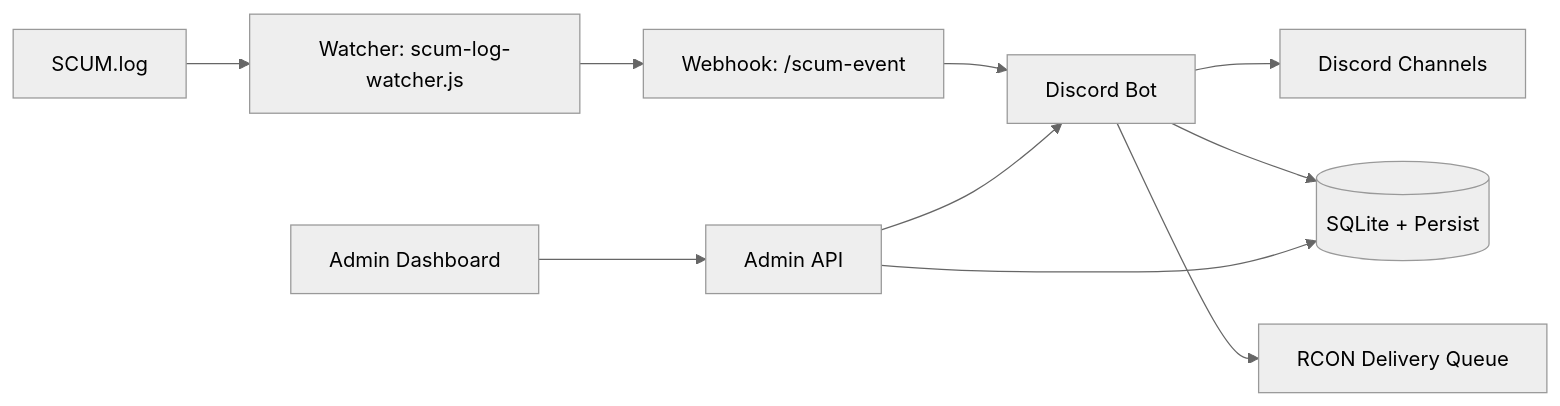
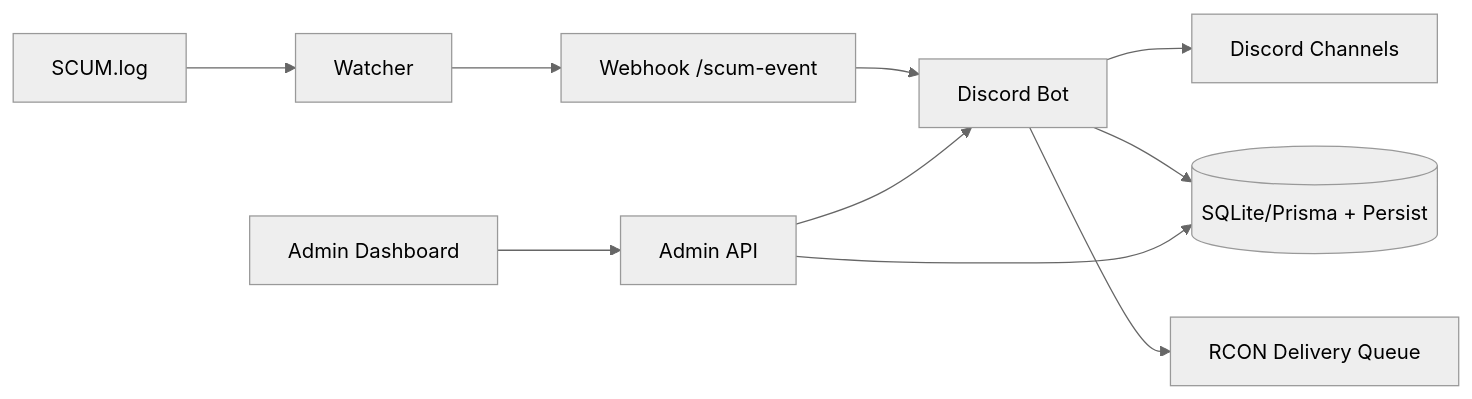
Before and after one commit to kogawz1997/Scum-bot-discord-Full-: the diagram in README.md, drawn with Mermaid (neutral theme). The commit also changed other lines of this file and 9 other files, not shown here.

````diff
--- a/README.md
+++ b/README.md
@@ -61,12 +31,12 @@
 ```mermaid
 flowchart LR
-  A[SCUM.log] --> B[Watcher: scum-log-watcher.js]
-  B --> C[Webhook: /scum-event]
+  A[SCUM.log] --> B[Watcher]
+  B --> C[Webhook /scum-event]
   C --> D[Discord Bot]
   D --> E[Discord Channels]
-  D --> F[(SQLite + Persist)]
+  D --> F[(SQLite/Prisma + Persist)]
   G[Admin Dashboard] --> H[Admin API]
   H --> F
   H --> D
   D --> I[RCON Delivery Queue]
 ```
````
